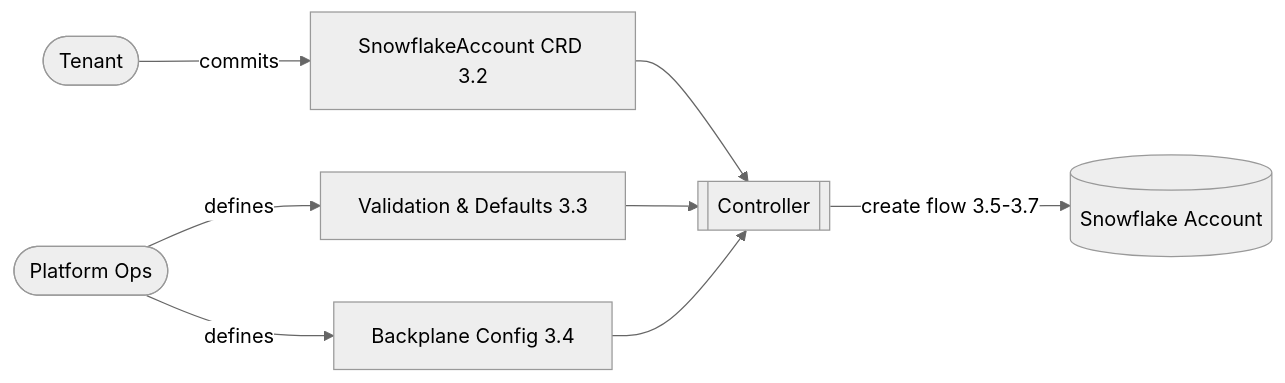
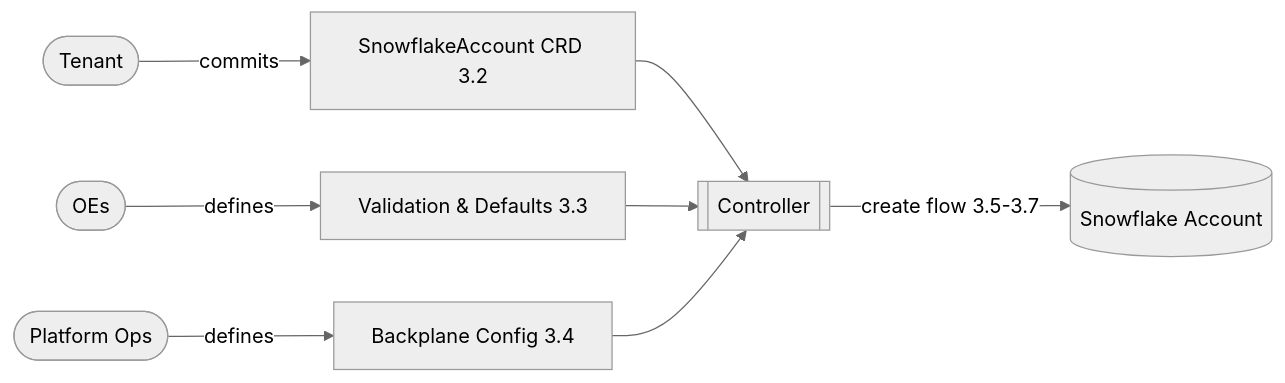
Before and after one commit to allianz/yukimi: the diagram in specs/design.md, drawn with Mermaid (neutral theme).

Commit message:
added mermaid

````diff
--- a/specs/design.md
+++ b/specs/design.md
@@ -112,12 +112,12 @@
 ```mermaid
 flowchart LR
     Tenant([Tenant]) -->|commits| CRD[SnowflakeAccount CRD 3.2]
-    Ops([Platform Ops]) -->|defines| ValidationRules[Validation & Defaults 3.3]
-    Ops -->|defines| BackplaneConfig[Backplane Config 3.4]
+    OEs([OEs]) -->|defines| ValidationRules[Validation & Defaults 3.3]
+    Ops([Platform Ops]) -->|defines| BackplaneConfig[Backplane Config 3.4]
 
     CRD --> Controller[[Controller]]
     ValidationRules --> Controller
     BackplaneConfig --> Controller
 
     Controller -->|create flow 3.5-3.7| Snowflake[(Snowflake Account)]
 ```
````
